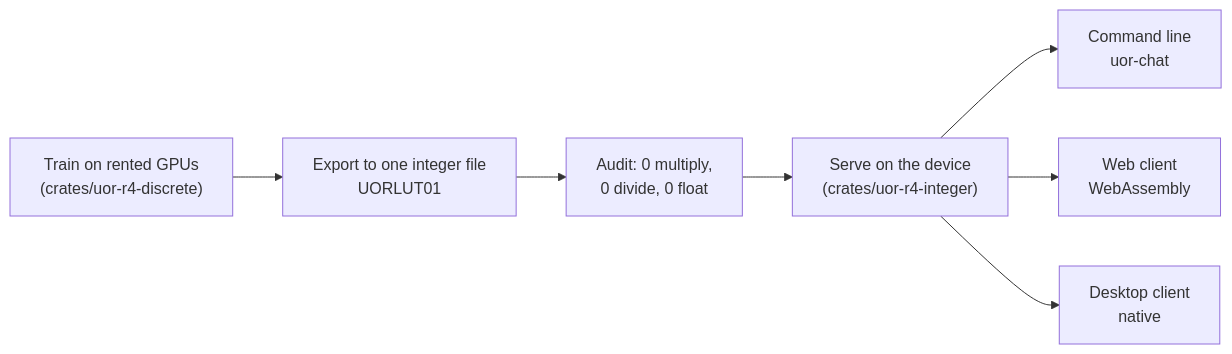
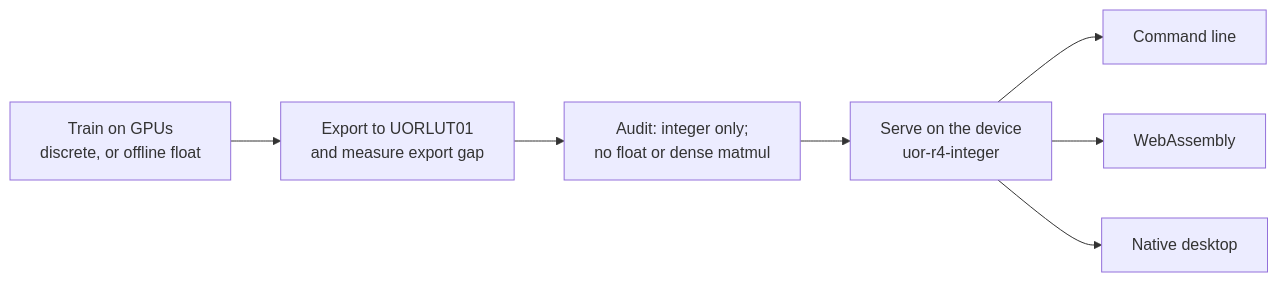
The diagram in docs/products/language-model.md (UOR-Foundation/uor-r4), drawn with Mermaid before and after one commit. The commit also changed other lines of this file and 145 other files, not shown here.

````diff
--- a/docs/products/language-model.md
+++ b/docs/products/language-model.md
@@ -7,9 +13,9 @@
 ```mermaid
 flowchart LR
-  T["Train on rented GPUs<br/>(crates/uor-r4-discrete)"] --> X["Export to one integer file<br/>UORLUT01"]
-  X --> A["Audit: 0 multiply,<br/>0 divide, 0 float"]
-  A --> S["Serve on the device<br/>(crates/uor-r4-integer)"]
-  S --> C1["Command line<br/>uor-chat"]
-  S --> C2["Web client<br/>WebAssembly"]
-  S --> C3["Desktop client<br/>native"]
+  T["Train on GPUs<br/>discrete, or offline float"] --> X["Export to UORLUT01<br/>and measure export gap"]
+  X --> A["Audit: integer only;<br/>no float or dense matmul"]
+  A --> S["Serve on the device<br/>uor-r4-integer"]
+  S --> C1["Command line"]
+  S --> C2["WebAssembly"]
+  S --> C3["Native desktop"]
 ```
````
